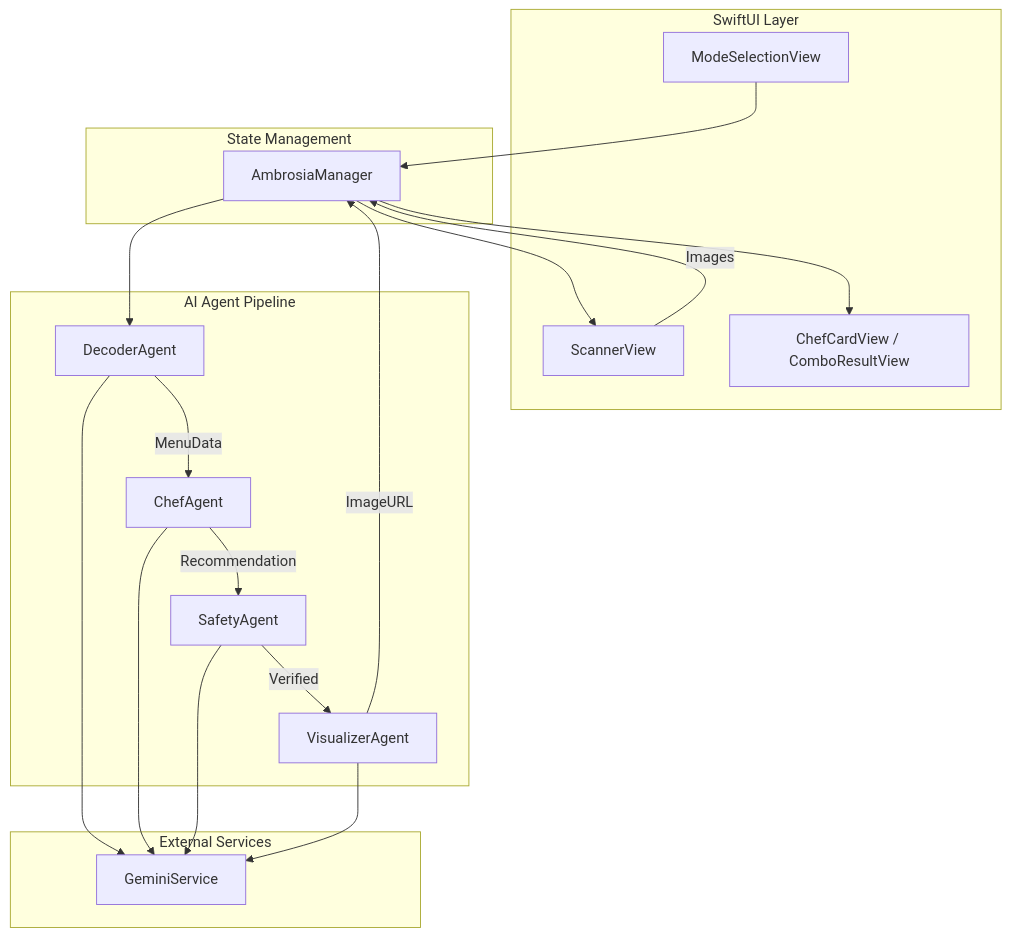
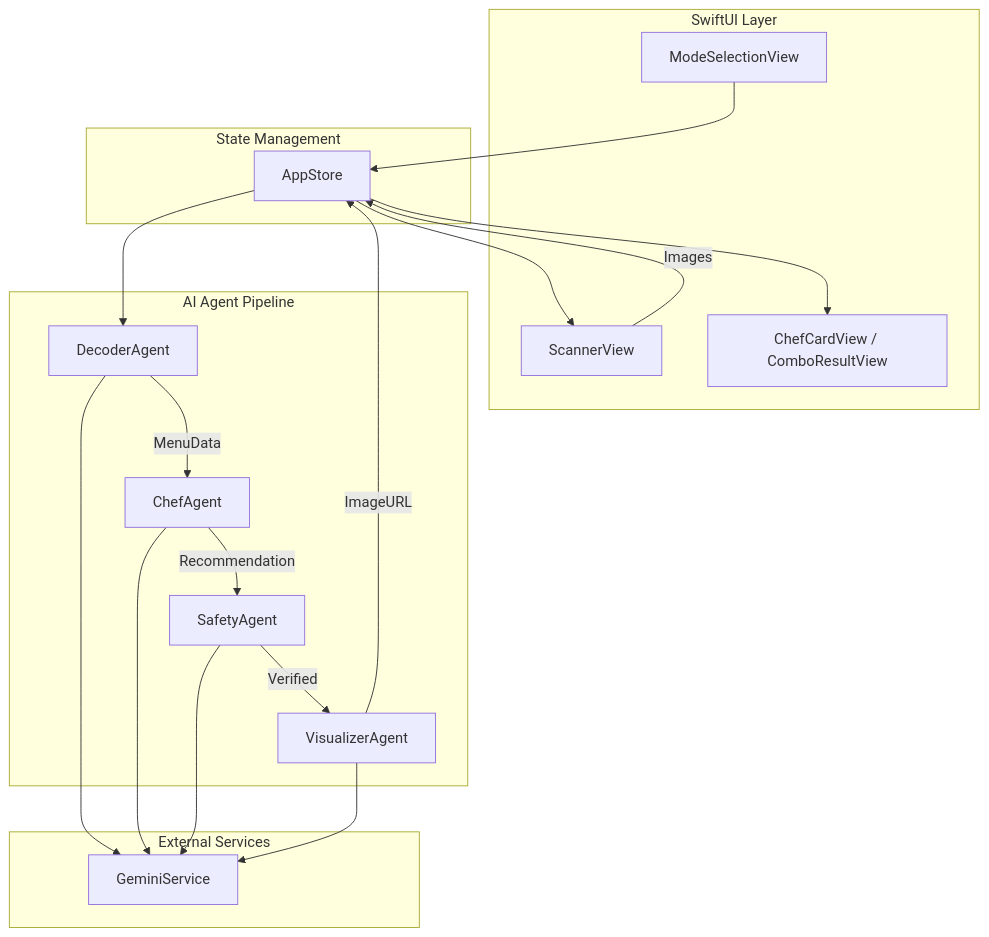
One commit to ChrisZHHG/Nod changed the first of 2 diagrams in Ambrosia/Resources/README-Architecture.md. Above: the diagram before and after it, drawn with Mermaid. The commit also changed other lines of this file and 20 other files, not shown here.

Commit message:
feat: align architecture, add group safety audit & improve data quality

````diff
--- a/Ambrosia/Resources/README-Architecture.md
+++ b/Ambrosia/Resources/README-Architecture.md
@@ -11,38 +11,38 @@
 ```mermaid
 flowchart TD
     subgraph UI["SwiftUI Layer"]
         ModeSelection[ModeSelectionView]
         Scanner[ScannerView]
         Result[ChefCardView / ComboResultView]
     end
     
     subgraph Core["State Management"]
-        Manager[AmbrosiaManager]
+        Store[AppStore]
     end
     
     subgraph Agents["AI Agent Pipeline"]
         Decoder[DecoderAgent]
         Chef[ChefAgent]
         Safety[SafetyAgent]
         Visualizer[VisualizerAgent]
     end
     
     subgraph Services["External Services"]
         Gemini[GeminiService]
     end
     
-    ModeSelection --> Manager
-    Manager --> Scanner
-    Scanner -- "Images" --> Manager
-    Manager --> Decoder
+    ModeSelection --> Store
+    Store --> Scanner
+    Scanner -- "Images" --> Store
+    Store --> Decoder
     Decoder -- "MenuData" --> Chef
     Chef -- "Recommendation" --> Safety
     Safety -- "Verified" --> Visualizer
-    Visualizer -- "ImageURL" --> Manager
-    Manager --> Result
+    Visualizer -- "ImageURL" --> Store
+    Store --> Result
     
     Decoder --> Gemini
     Chef --> Gemini
     Safety --> Gemini
     Visualizer --> Gemini
 ```
````
